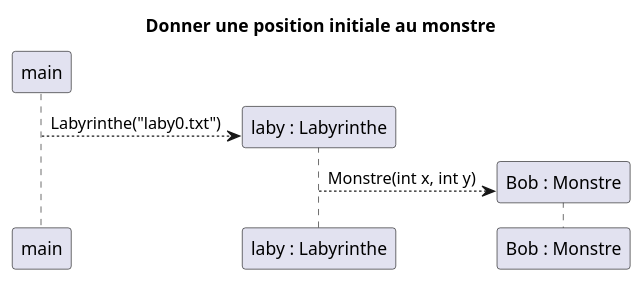
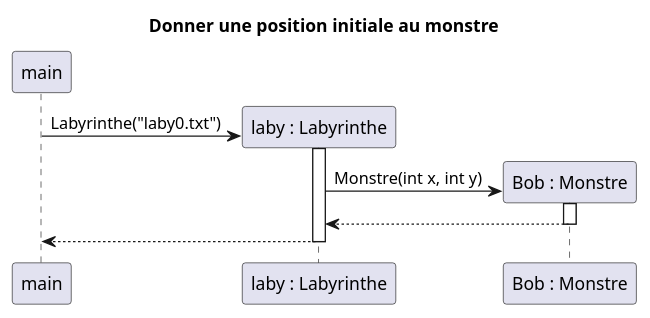
Before and after one commit to celie-ponroy/2023_S2.01_Zeldiablo_ponroy_roth_prykhodko_bortolotti: the diagram in zeldiablo/documents/version_2/diagseq_creationMonstre.puml, drawn with PlantUML. The commit also changed 2 other files, not shown here.

```diff
--- a/zeldiablo/documents/version_2/diagseq_creationMonstre.puml
+++ b/zeldiablo/documents/version_2/diagseq_creationMonstre.puml
@@ -1,17 +1,21 @@
 @startuml
 title Donner une position initiale au monstre
 
 participant "main" as m
 participant "laby : Labyrinthe" as laby
 participant "Bob : Monstre" as bob
 
 create laby
-m -->laby : Labyrinthe("laby0.txt")
+m ->laby : Labyrinthe("laby0.txt")
+activate laby
 
 create bob
-laby --> bob : Monstre(int x, int y)
+laby -> bob : Monstre(int x, int y)
+activate bob
+laby <-- bob
+deactivate bob
 
-
-
+m <-- laby
+deactivate laby
 
 @enduml
```
